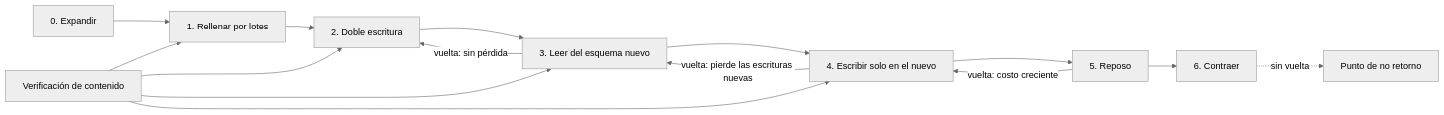
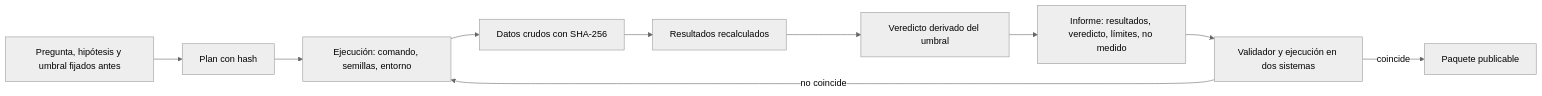
One commit to vladimiracunadev-create/modern-software-engineering-program changed the diagram in content/part-36/SE-444.md. Above: the diagram before and after it, drawn with Mermaid (neutral theme). The commit also changed other lines of this file and 5193 other files, not shown here.

````diff
--- a/content/part-36/SE-444.md
+++ b/content/part-36/SE-444.md
@@ -57,17 +55,12 @@
 ```mermaid
 flowchart LR
-    A[0. Expandir] --> B[1. Rellenar por lotes]
-    B --> C[2. Doble escritura]
-    C --> D[3. Leer del esquema nuevo]
-    D --> E[4. Escribir solo en el nuevo]
-    E --> F[5. Reposo]
-    F --> G[6. Contraer]
-    D -->|vuelta: sin pérdida| C
-    E -->|vuelta: pierde las escrituras nuevas| D
-    F -->|vuelta: costo creciente| E
-    G -.->|sin vuelta| X[Punto de no retorno]
-    H[Verificación de contenido] --> B
-    H --> C
-    H --> D
-    H --> E
+    A[Pregunta, hipótesis y umbral fijados antes] --> B[Plan con hash]
+    B --> C[Ejecución: comando, semillas, entorno]
+    C --> D[Datos crudos con SHA-256]
+    D --> E[Resultados recalculados]
+    E --> F[Veredicto derivado del umbral]
+    F --> G[Informe: resultados, veredicto, límites, no medido]
+    G --> H[Validador y ejecución en dos sistemas]
+    H -->|no coincide| C
+    H -->|coincide| I[Paquete publicable]
 ```
````
